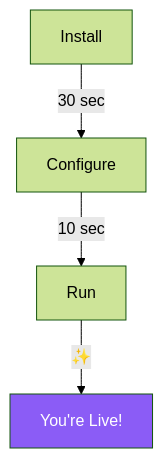
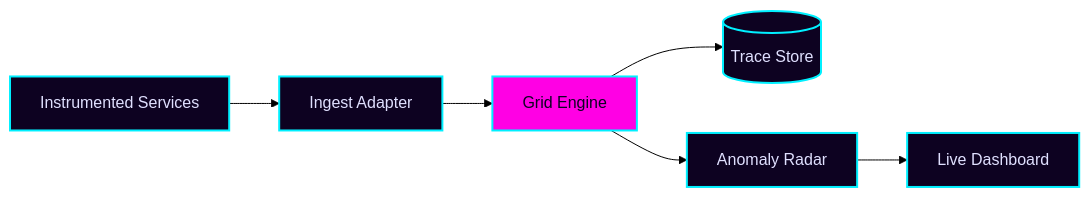
The first of 2 diagrams in skills/legendary-readme/templates/visual-showcase-readme.md (victorlazari/lzr1-skills), drawn with Mermaid (forest theme) before and after one commit. The commit also changed other lines of this file and 15 other files, not shown here.

````diff
--- a/skills/legendary-readme/templates/visual-showcase-readme.md
+++ b/skills/legendary-readme/templates/visual-showcase-readme.md
@@ -172,7 +106,11 @@
 ```mermaid
-graph TD
-    A[Install] -->|30 sec| B[Configure]
-    B -->|10 sec| C[Run]
-    C -->|✨| D[You're Live!]
-    style D fill:#8B5CF6,color:#fff
+flowchart LR
+    A[Instrumented Services] --> B[Ingest Adapter]
+    B --> C[Grid Engine]
+    C --> D[(Trace Store)]
+    C --> E[Anomaly Radar]
+    E --> F[Live Dashboard]
+    classDef default fill:#0D0221,stroke:#00F0FF,color:#E0E0FF,stroke-width:2px
+    classDef highlight fill:#FF00E4,stroke:#00F0FF,color:#0D0221
+    class C highlight
 ```
````
